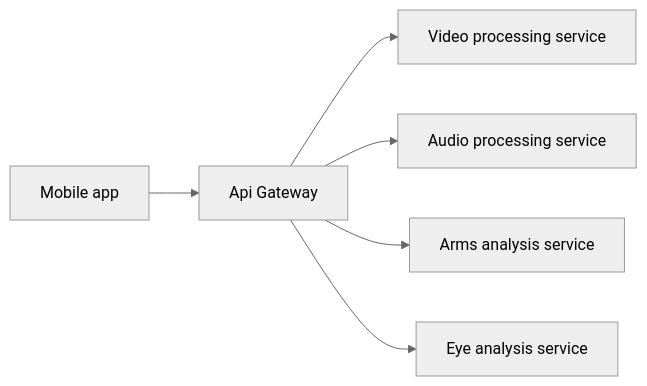
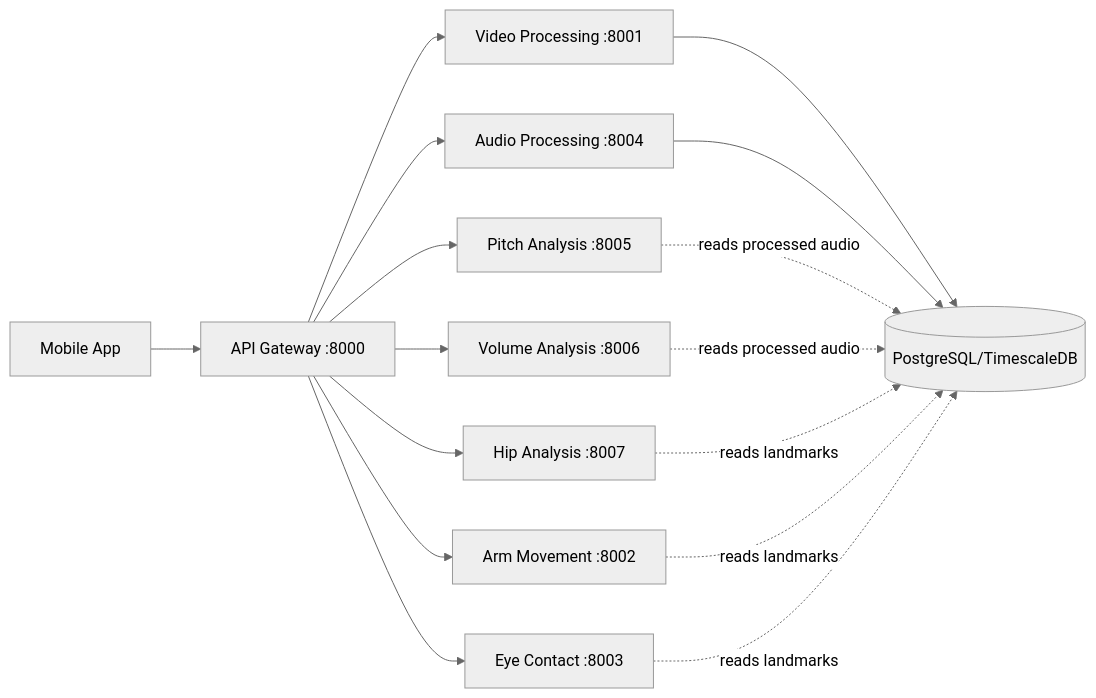
The first of 2 diagrams in README.md (MatejKandrac/fluent_speech), drawn with Mermaid (neutral theme) before and after one commit. The commit also changed other lines of this file and 92 other files, not shown here.

````diff
--- a/README.md
+++ b/README.md
@@ -3,14 +29,34 @@
 ```mermaid
 flowchart LR
-    App[Mobile app]
-    ApiGW[Api Gateway]
-    VideoService[Video processing service]
-    AudioService[Audio processing service]
-    ArmsService[Arms analysis service]
-    EyeService[Eye analysis service]
+    App[Mobile App]
+    ApiGW[API Gateway :8000]
+    VideoDB[(PostgreSQL/TimescaleDB)]
+
+    VideoProc[Video Processing :8001]
+    AudioProc[Audio Processing :8004]
+
+    Pitch[Pitch Analysis :8005]
+    Volume[Volume Analysis :8006]
+    Hip[Hip Analysis :8007]
+    Arms[Arm Movement :8002]
+    Eye[Eye Contact :8003]
+
     App --> ApiGW
-    ApiGW --> VideoService
-    ApiGW --> AudioService
-    ApiGW --> ArmsService
-    ApiGW --> EyeService
+    ApiGW --> VideoProc
+    ApiGW --> AudioProc
+
+    VideoProc --> VideoDB
+    AudioProc --> VideoDB
+
+    ApiGW --> Pitch
+    ApiGW --> Volume
+    ApiGW --> Hip
+    ApiGW --> Arms
+    ApiGW --> Eye
+
+    Pitch -.->|reads processed audio| VideoDB
+    Volume -.->|reads processed audio| VideoDB
+    Hip -.->|reads landmarks| VideoDB
+    Arms -.->|reads landmarks| VideoDB
+    Eye -.->|reads landmarks| VideoDB
 ```
````
